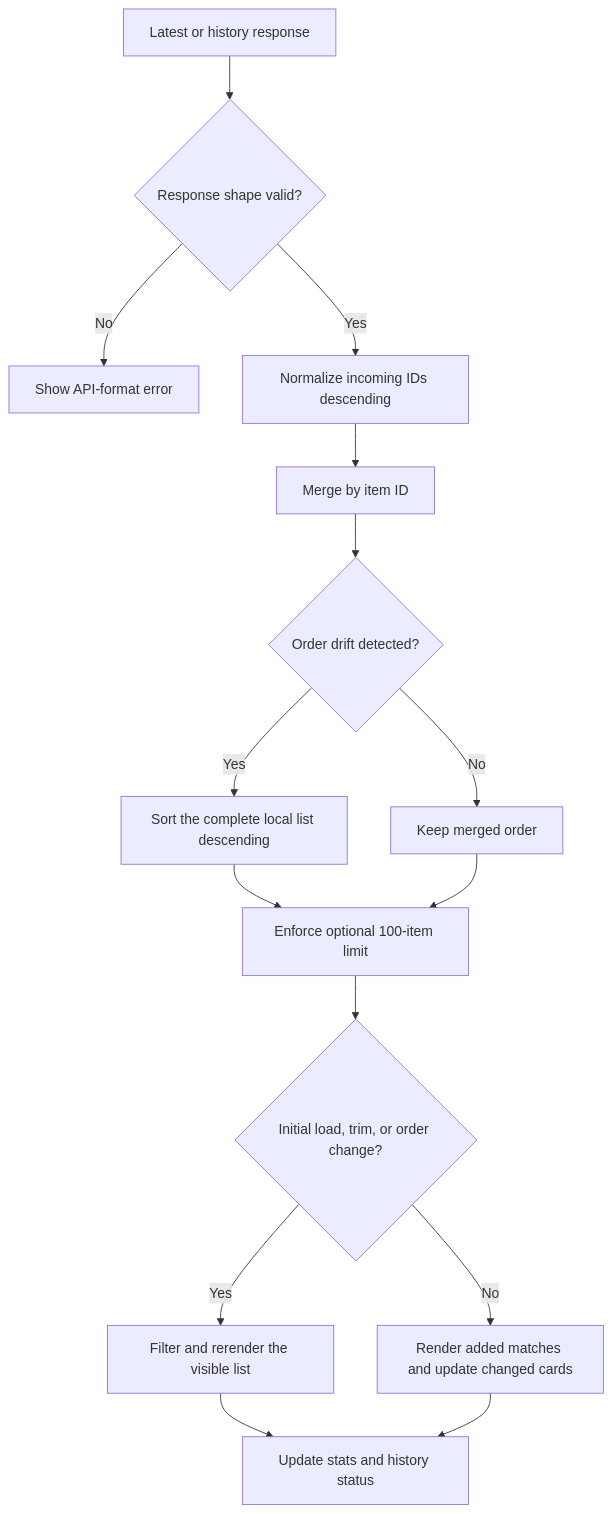
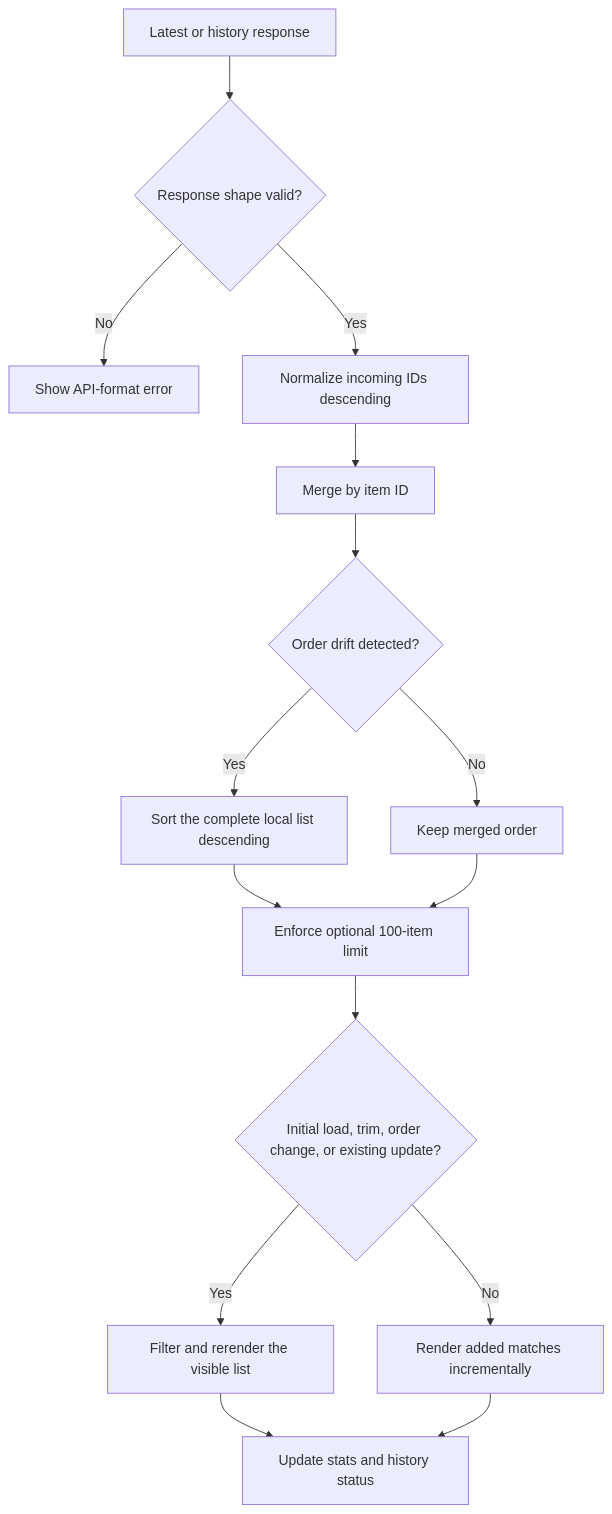
The fourth of 11 diagrams in ARCHITECTURE.md (virtuecho/sina7x24), drawn with Mermaid before and after one commit. The commit also changed other lines of this file and 2 other files, not shown here.

````diff
--- a/ARCHITECTURE.md
+++ b/ARCHITECTURE.md
@@ -109,17 +109,17 @@
 ```mermaid
 flowchart TD
   A["Latest or history response"] --> B{"Response shape valid?"}
   B -->|"No"| C["Show API-format error"]
   B -->|"Yes"| D["Normalize incoming IDs descending"]
   D --> E["Merge by item ID"]
   E --> F{"Order drift detected?"}
   F -->|"Yes"| G["Sort the complete local list descending"]
   F -->|"No"| H["Keep merged order"]
   G --> I["Enforce optional 100-item limit"]
   H --> I
-  I --> J{"Initial load, trim, or order change?"}
+  I --> J{"Initial load, trim, order change, or existing update?"}
   J -->|"Yes"| K["Filter and rerender the visible list"]
-  J -->|"No"| L["Render added matches and update changed cards"]
+  J -->|"No"| L["Render added matches incrementally"]
   K --> M["Update stats and history status"]
   L --> M
 ```
````
